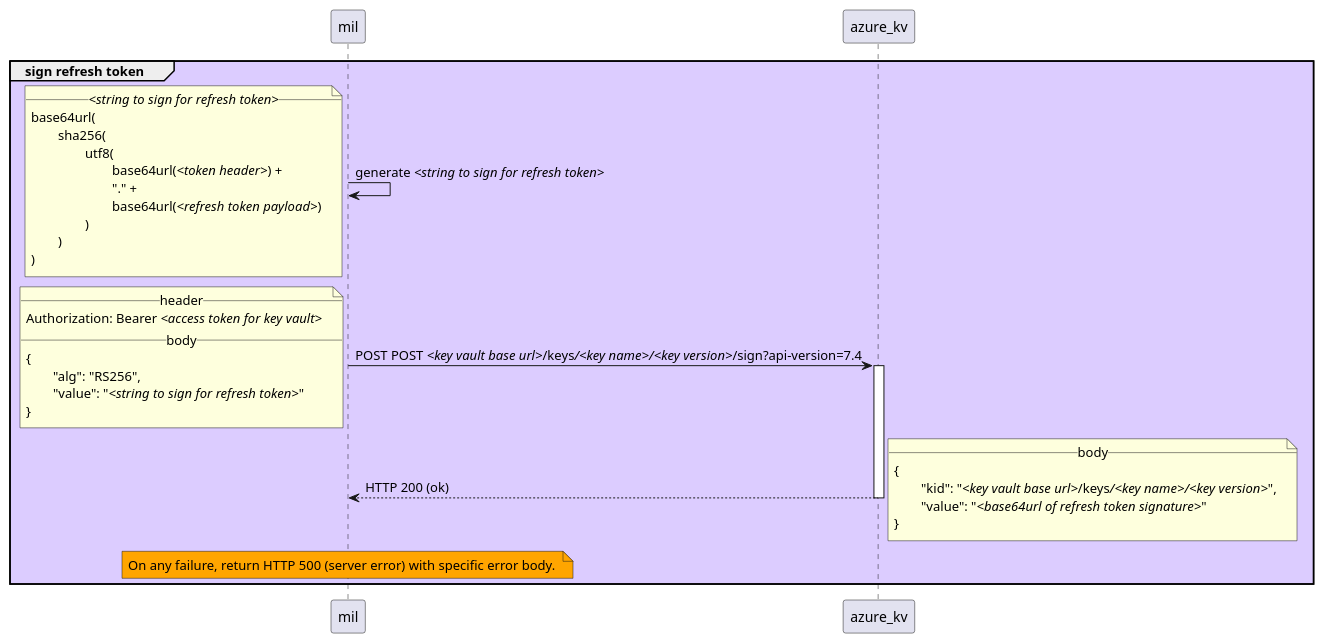
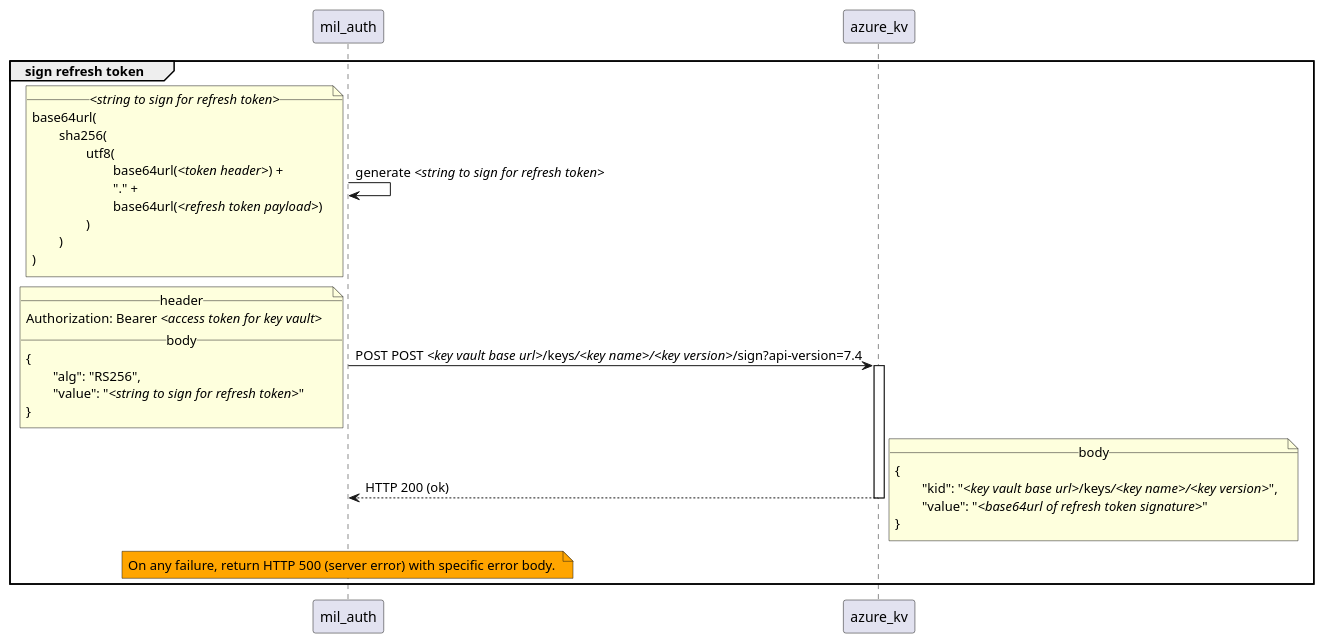
Before and after one commit to pagopa/mil-diags: the diagram in sequence_diags/pagoPA/pos_management/sign_refresh_token.puml, drawn with PlantUML. The commit also changed 37 other files, not shown here.

```diff
--- a/sequence_diags/pagoPA/pos_management/sign_refresh_token.puml
+++ b/sequence_diags/pagoPA/pos_management/sign_refresh_token.puml
@@ -1,39 +1,39 @@
-group #DCCCFF sign refresh token
-	mil -> mil : generate //<string to sign for refresh token>//
+group sign refresh token
+	mil_auth -> mil_auth : generate //<string to sign for refresh token>//
 		note left
 			__//<string to sign for refresh token>//__
 			base64url(
 				sha256(
 					utf8(
 						base64url(//<token header>//) +
 						"." +
 						base64url(//<refresh token payload>//)
 					)
 				)
 			)
 		end note
 
-	mil -> azure_kv ++ : POST POST //<key vault base url>///keys///<key name>/////<key version>///sign?api-version=7.4
+	mil_auth -> azure_kv ++ : POST POST //<key vault base url>///keys///<key name>/////<key version>///sign?api-version=7.4
 		note left
 			__header__
 			Authorization: Bearer //<access token for key vault>//
 			__body__
 			{
 				"alg": "RS256",
 				"value": "//<string to sign for refresh token>//"
 			}
 		end note
 
-	azure_kv --> mil -- : HTTP 200 (ok)
+	azure_kv --> mil_auth -- : HTTP 200 (ok)
 		note right
 			__body__
 			{
 				"kid": "//<key vault base url>///keys///<key name>/////<key version>//",
 				"value": "//<base64url of refresh token signature>//"
 			}
 		end note
 
-	note over mil #Orange
+	note over mil_auth #Orange
 		On any failure, return HTTP 500 (server error) with specific error body. 
 	end note
 end
```
